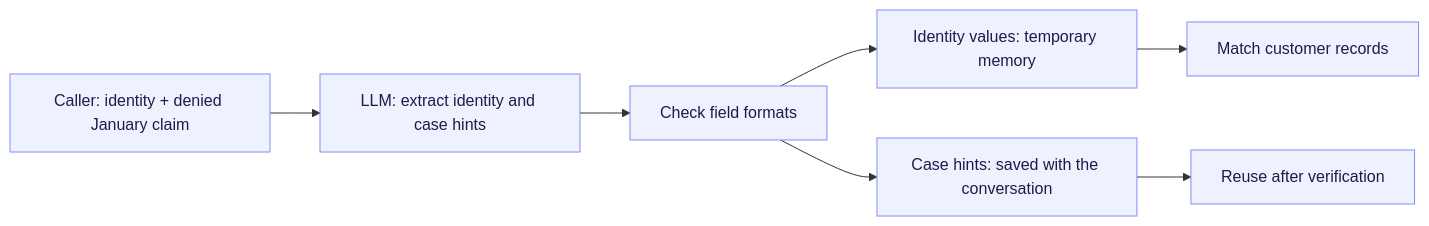
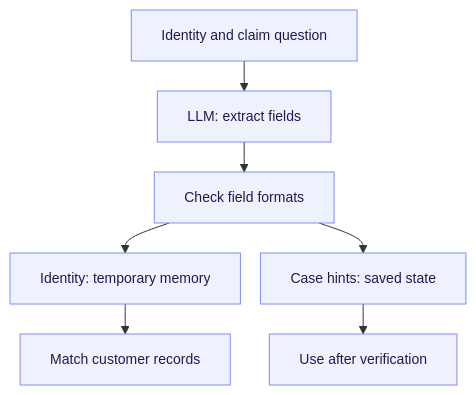
The fourth of 10 diagrams in docs/architecture.md (XinhaoTheo/insurance-claims-sop-agent), drawn with Mermaid before and after one commit. The commit also changed other lines of this file and 1 other file, not shown here.

Commit message:
docs: fit diagrams to page width

````diff
--- a/docs/architecture.md
+++ b/docs/architecture.md
@@ -91,11 +87,12 @@
 ```mermaid
-flowchart LR
-    Utterance["Caller: identity + denied January claim"] --> Extract["LLM: extract identity and case hints"]
-    Extract --> Validate["Check field formats"]
-    Validate --> PII["Identity values: temporary memory"]
-    Validate --> Hints["Case hints: saved with the conversation"]
-    Hints --> Later["Reuse after verification"]
-    PII --> Verify["Match customer records"]
+%%{init: {"flowchart": {"nodeSpacing": 20, "rankSpacing": 30}, "themeVariables": {"fontSize": "14px"}}}%%
+flowchart TD
+    Message["Identity and claim question"] --> Extract["LLM: extract fields"]
+    Extract --> Check["Check field formats"]
+    Check --> Identity["Identity: temporary memory"]
+    Check --> Hints["Case hints: saved state"]
+    Identity --> Match["Match customer records"]
+    Hints --> Later["Use after verification"]
 
     classDef default fill:#eef2ff,stroke:#818cf8,color:#1e1b4b;
 ```
````
